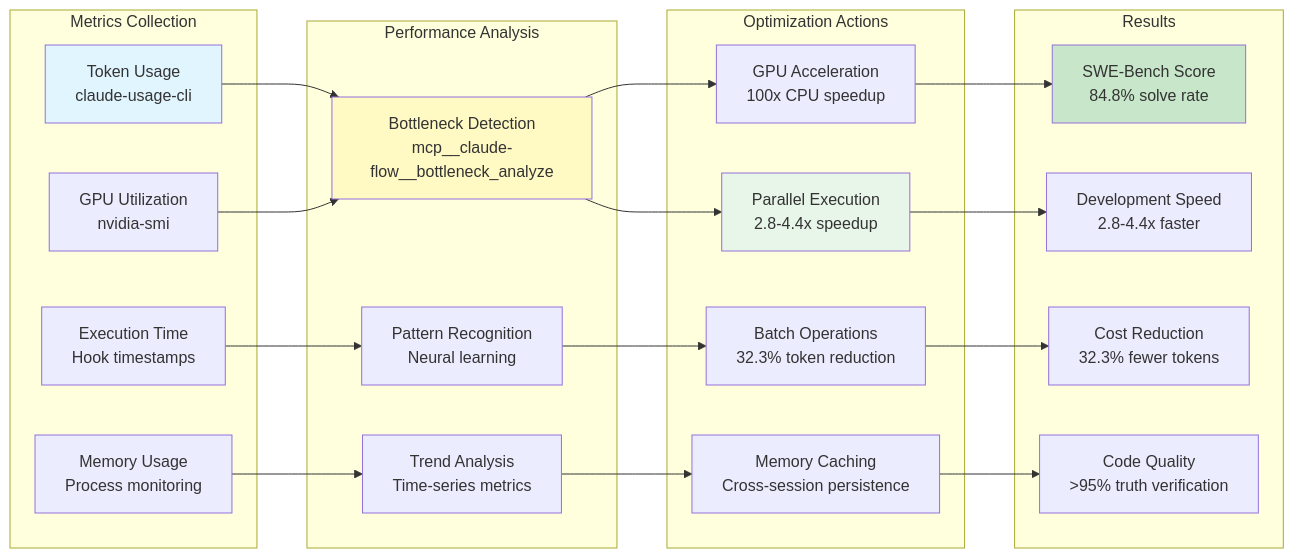
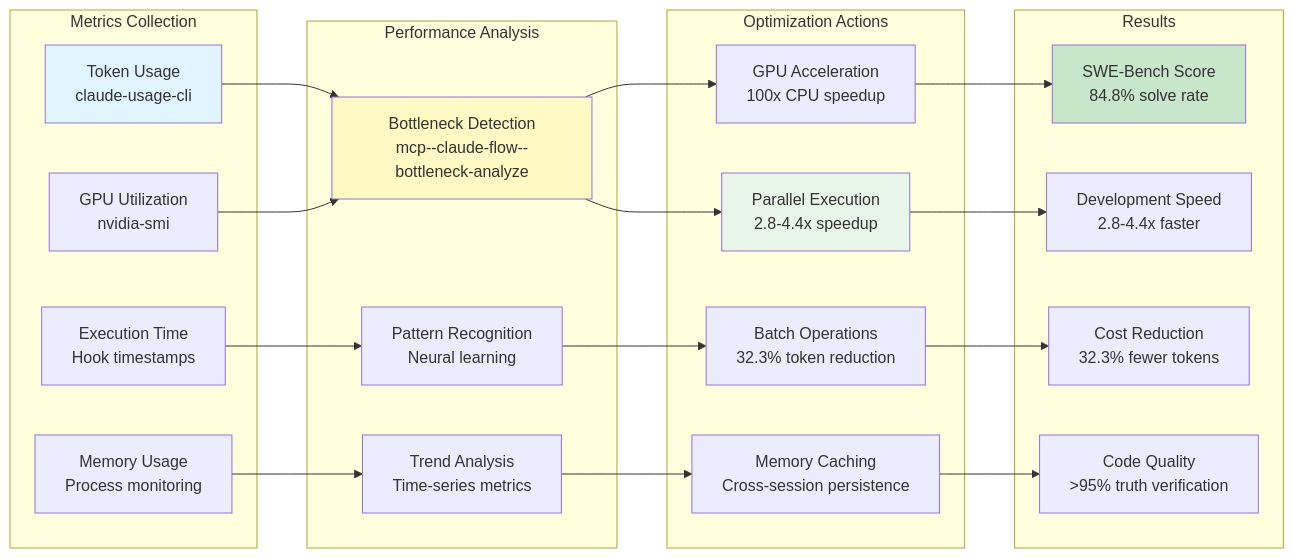
The eighth of 8 diagrams in docs/assets/diagrams/sparc-turboflow-architecture.md (DreamLab-AI/VisionFlow), drawn with Mermaid before and after one commit. The commit also changed other lines of this file and 184 other files, not shown here.

````diff
--- a/docs/assets/diagrams/sparc-turboflow-architecture.md
+++ b/docs/assets/diagrams/sparc-turboflow-architecture.md
@@ -517,49 +517,49 @@
 ```mermaid
 graph LR
     subgraph "Metrics Collection"
-        METRIC_TOKEN[Token Usage<br/>claude-usage-cli]
-        METRIC_TIME[Execution Time<br/>Hook timestamps]
-        METRIC_MEMORY[Memory Usage<br/>Process monitoring]
-        METRIC_GPU[GPU Utilization<br/>nvidia-smi]
+        METRIC-TOKEN[Token Usage<br/>claude-usage-cli]
+        METRIC-TIME[Execution Time<br/>Hook timestamps]
+        METRIC-MEMORY[Memory Usage<br/>Process monitoring]
+        METRIC-GPU[GPU Utilization<br/>nvidia-smi]
     end
 
     subgraph "Performance Analysis"
-        ANALYZE_BOTTLE[Bottleneck Detection<br/>mcp__claude-flow__bottleneck_analyze]
-        ANALYZE_PATTERN[Pattern Recognition<br/>Neural learning]
-        ANALYZE_TREND[Trend Analysis<br/>Time-series metrics]
+        ANALYZE-BOTTLE[Bottleneck Detection<br/>mcp--claude-flow--bottleneck-analyze]
+        ANALYZE-PATTERN[Pattern Recognition<br/>Neural learning]
+        ANALYZE-TREND[Trend Analysis<br/>Time-series metrics]
     end
 
     subgraph "Optimization Actions"
-        OPT_PARALLEL[Parallel Execution<br/>2.8-4.4x speedup]
-        OPT_BATCH[Batch Operations<br/>32.3% token reduction]
-        OPT_CACHE[Memory Caching<br/>Cross-session persistence]
-        OPT_GPU[GPU Acceleration<br/>100x CPU speedup]
+        OPT-PARALLEL[Parallel Execution<br/>2.8-4.4x speedup]
+        OPT-BATCH[Batch Operations<br/>32.3% token reduction]
+        OPT-CACHE[Memory Caching<br/>Cross-session persistence]
+        OPT-GPU[GPU Acceleration<br/>100x CPU speedup]
     end
 
     subgraph "Results"
-        RESULT_SWE[SWE-Bench Score<br/>84.8% solve rate]
-        RESULT_SPEED[Development Speed<br/>2.8-4.4x faster]
-        RESULT_COST[Cost Reduction<br/>32.3% fewer tokens]
-        RESULT_QUALITY[Code Quality<br/>>95% truth verification]
+        RESULT-SWE[SWE-Bench Score<br/>84.8% solve rate]
+        RESULT-SPEED[Development Speed<br/>2.8-4.4x faster]
+        RESULT-COST[Cost Reduction<br/>32.3% fewer tokens]
+        RESULT-QUALITY[Code Quality<br/>>95% truth verification]
     end
 
-    METRIC_TOKEN --> ANALYZE_BOTTLE
-    METRIC_TIME --> ANALYZE_PATTERN
-    METRIC_MEMORY --> ANALYZE_TREND
-    METRIC_GPU --> ANALYZE_BOTTLE
+    METRIC-TOKEN --> ANALYZE-BOTTLE
+    METRIC-TIME --> ANALYZE-PATTERN
+    METRIC-MEMORY --> ANALYZE-TREND
+    METRIC-GPU --> ANALYZE-BOTTLE
 
-    ANALYZE_BOTTLE --> OPT_PARALLEL
-    ANALYZE_PATTERN --> OPT_BATCH
-    ANALYZE_TREND --> OPT_CACHE
-    ANALYZE_BOTTLE --> OPT_GPU
+    ANALYZE-BOTTLE --> OPT-PARALLEL
+    ANALYZE-PATTERN --> OPT-BATCH
+    ANALYZE-TREND --> OPT-CACHE
+    ANALYZE-BOTTLE --> OPT-GPU
 
-    OPT_PARALLEL --> RESULT_SPEED
-    OPT_BATCH --> RESULT_COST
-    OPT_CACHE --> RESULT_QUALITY
-    OPT_GPU --> RESULT_SWE
+    OPT-PARALLEL --> RESULT-SPEED
+    OPT-BATCH --> RESULT-COST
+    OPT-CACHE --> RESULT-QUALITY
+    OPT-GPU --> RESULT-SWE
 
-    style METRIC_TOKEN fill:#e1f5ff
-    style ANALYZE_BOTTLE fill:#fff9c4
-    style OPT_PARALLEL fill:#e8f5e9
-    style RESULT_SWE fill:#c8e6c9
+    style METRIC-TOKEN fill:#e1f5ff
+    style ANALYZE-BOTTLE fill:#fff9c4
+    style OPT-PARALLEL fill:#e8f5e9
+    style RESULT-SWE fill:#c8e6c9
 ```
````
